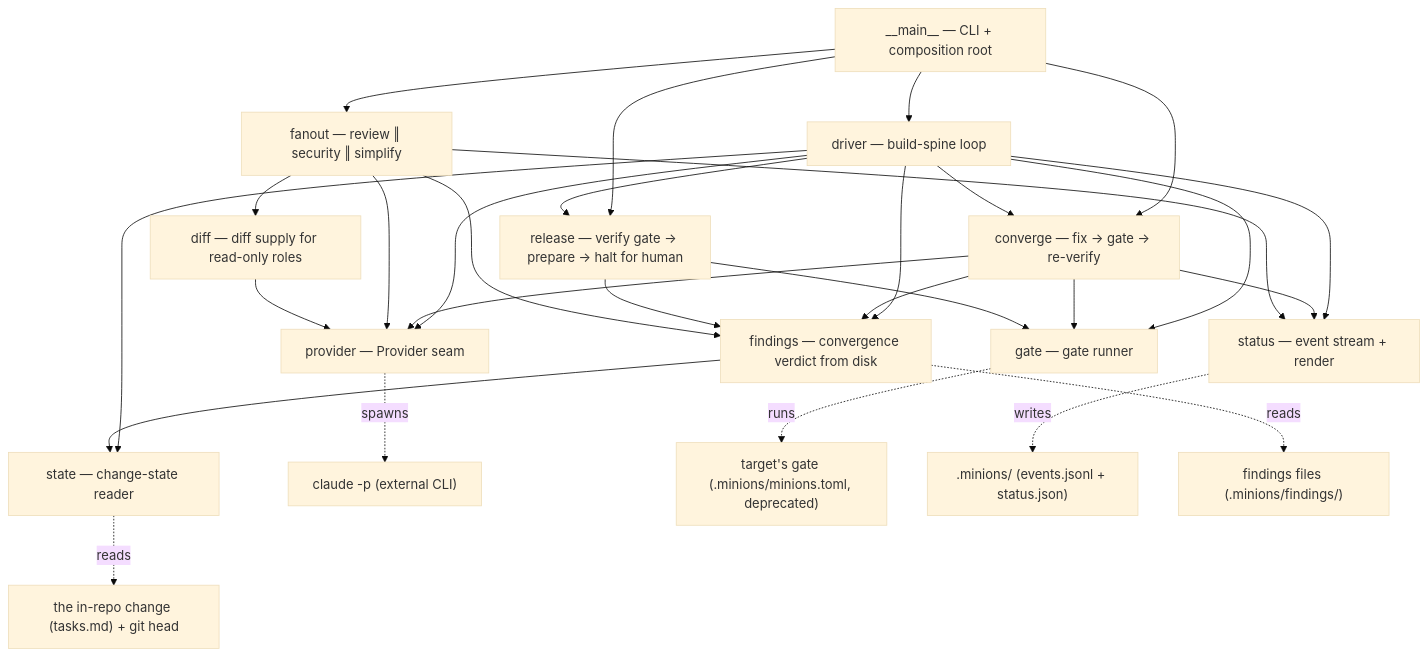
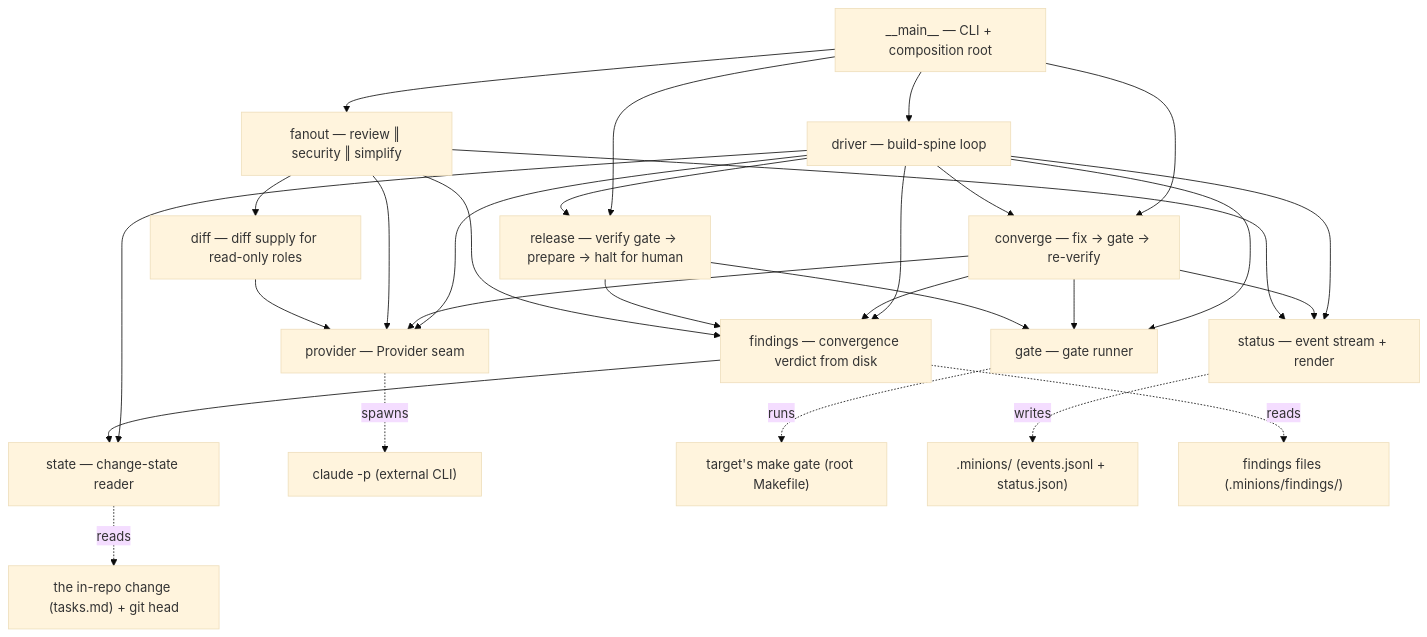
One commit to alxb1t/minionsfactory changed the diagram in docs/architecture.md. Above: the diagram before and after it, drawn with Mermaid (base theme). The commit also changed other lines of this file and 10 other files, not shown here.

First line of the commit message:
feat(0015-runner-make-gate): phase 2 — the toml and its name retire

````diff
--- a/docs/architecture.md
+++ b/docs/architecture.md
@@ -42,44 +41,44 @@
 ```mermaid
 graph TD
     main["__main__ — CLI + composition root"]
     driver["driver — build-spine loop"]
     converge["converge — fix → gate → re-verify"]
     release["release — verify gate → prepare → halt for human"]
     fanout["fanout — review ‖ security ‖ simplify"]
     diff["diff — diff supply for read-only roles"]
     findings["findings — convergence verdict from disk"]
     state["state — change-state reader"]
     gate["gate — gate runner"]
     provider["provider — Provider seam"]
     status["status — event stream + render"]
 
     main --> driver
     main --> converge
     main --> fanout
     main --> release
     driver --> converge
     driver --> release
     driver --> gate
     driver --> provider
     driver --> state
     driver --> status
     driver --> findings
     converge --> provider
     converge --> gate
     converge --> findings
     converge --> status
     release --> gate
     release --> findings
     fanout --> diff
     fanout --> findings
     fanout --> provider
     fanout --> status
     diff --> provider
     findings --> state
 
     provider -. spawns .-> claude["claude -p (external CLI)"]
-    gate -. runs .-> targetgate["target's gate (.minions/minions.toml, deprecated)"]
+    gate -. runs .-> targetgate["target's make gate (root Makefile)"]
     state -. reads .-> disk["the in-repo change (tasks.md) + git head"]
     status -. writes .-> minions[".minions/ (events.jsonl + status.json)"]
     findings -. reads .-> ff["findings files (.minions/findings/)"]
 ```
````
